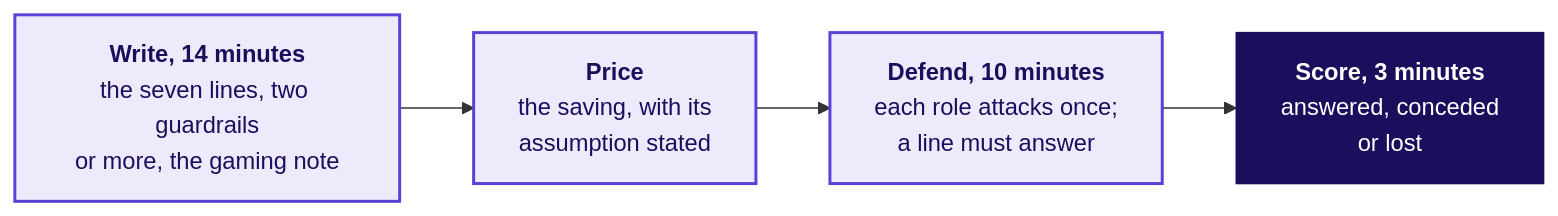
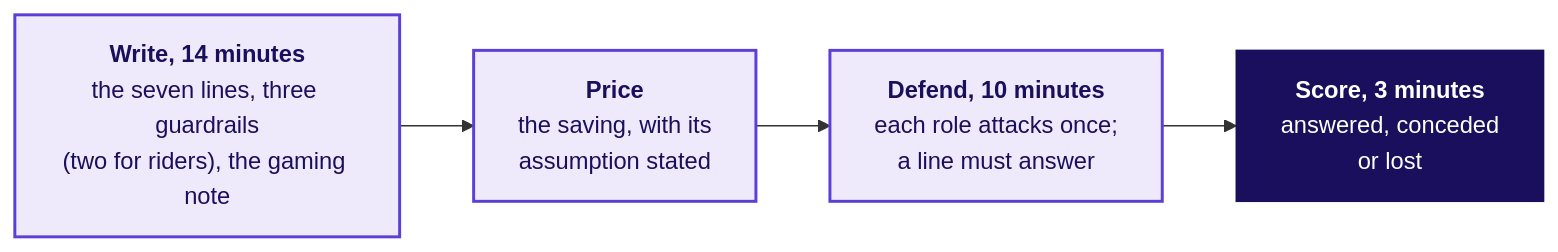
Before and after one commit to fde-academy-lab/c2-content-factory: diagram 11 of 12 in content/W04/D1/whiteboards/C2_W04_D01_board_work_STUDENT.md, drawn with Mermaid. The commit also changed other lines of this file and 8 other files, not shown here.

````diff
--- a/content/W04/D1/whiteboards/C2_W04_D01_board_work_STUDENT.md
+++ b/content/W04/D1/whiteboards/C2_W04_D01_board_work_STUDENT.md
@@ -279,10 +279,10 @@
 ```mermaid
 flowchart LR
-    W["<b>Write, 14 minutes</b><br/>the seven lines, two guardrails<br/>or more, the gaming note"] --> P["<b>Price</b><br/>the saving, with its<br/>assumption stated"]
+    W["<b>Write, 14 minutes</b><br/>the seven lines, three guardrails<br/>(two for riders), the gaming note"] --> P["<b>Price</b><br/>the saving, with its<br/>assumption stated"]
     P --> D["<b>Defend, 10 minutes</b><br/>each role attacks once;<br/>a line must answer"]
     D --> S["<b>Score, 3 minutes</b><br/>answered, conceded<br/>or lost"]
     classDef known fill:#EEEAFB,stroke:#5B3FD6,color:#1A0F5C,stroke-width:2px
     classDef lit fill:#1A0F5C,stroke:#1A0F5C,color:#FFFFFF
     class W,P,D known
     class S lit
 ```
````
